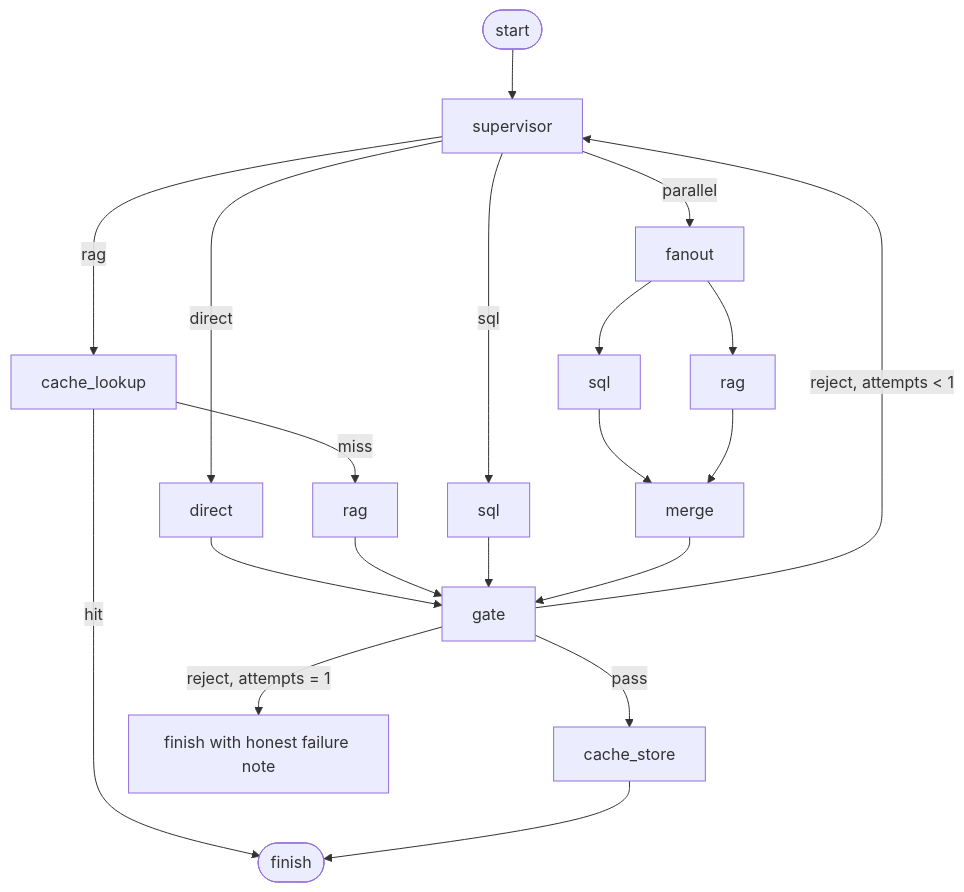
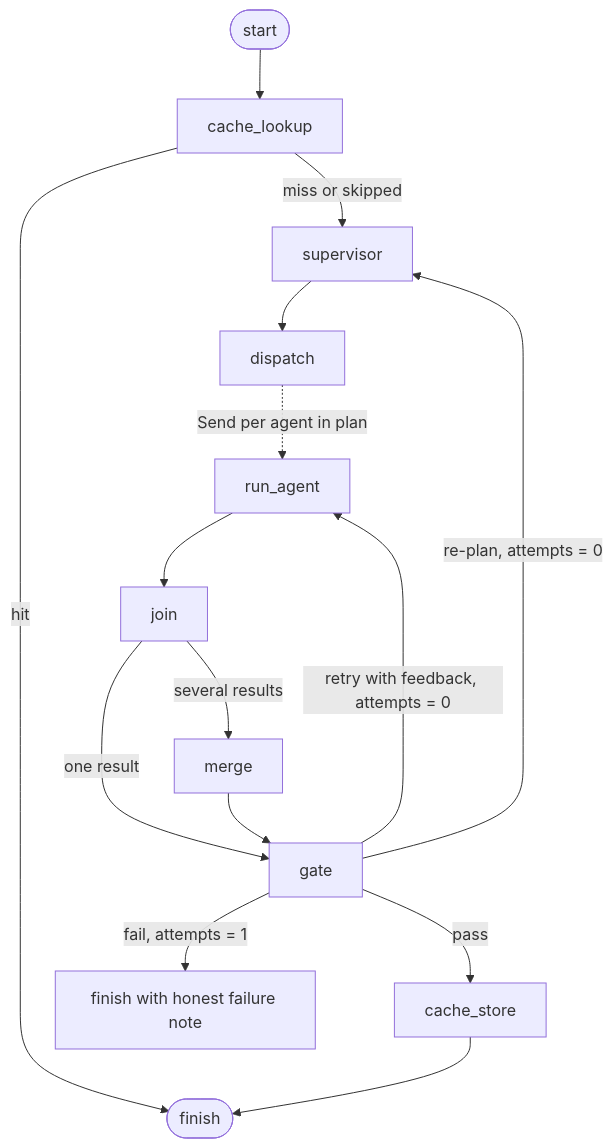
One commit to z27833009/switchboard changed the third of 4 diagrams in docs/spec/design.md. Above: the diagram before and after it, drawn with Mermaid. The commit also changed other lines of this file and 17 other files, not shown here.

````diff
--- a/docs/spec/design.md
+++ b/docs/spec/design.md
@@ -213,22 +268,17 @@
 ```mermaid
 flowchart TD
-  start([start]) --> supervisor
-  supervisor -->|direct| direct
-  supervisor -->|rag| cache_lookup
-  supervisor -->|sql| sql
-  supervisor -->|parallel| fanout
-  cache_lookup -->|hit| finish
-  cache_lookup -->|miss| rag
-  fanout --> sql_p[sql]
-  fanout --> rag_p[rag]
-  sql_p --> merge
-  rag_p --> merge
-  direct --> gate
-  rag --> gate
-  sql --> gate
+  start([start]) --> cache_lookup
+  cache_lookup -->|hit| finish([finish])
+  cache_lookup -->|miss or skipped| supervisor
+  supervisor --> dispatch
+  dispatch -. Send per agent in plan .-> run_agent
+  run_agent --> join
+  join -->|one result| gate
+  join -->|several results| merge
   merge --> gate
   gate -->|pass| cache_store
-  gate -->|reject, attempts < 1| supervisor
-  gate -->|reject, attempts = 1| finish_partial[finish with honest failure note]
-  cache_store --> finish([finish])
+  gate -->|retry with feedback, attempts = 0| run_agent
+  gate -->|re-plan, attempts = 0| supervisor
+  gate -->|fail, attempts = 1| finish_partial[finish with honest failure note]
+  cache_store --> finish
 ```
````
